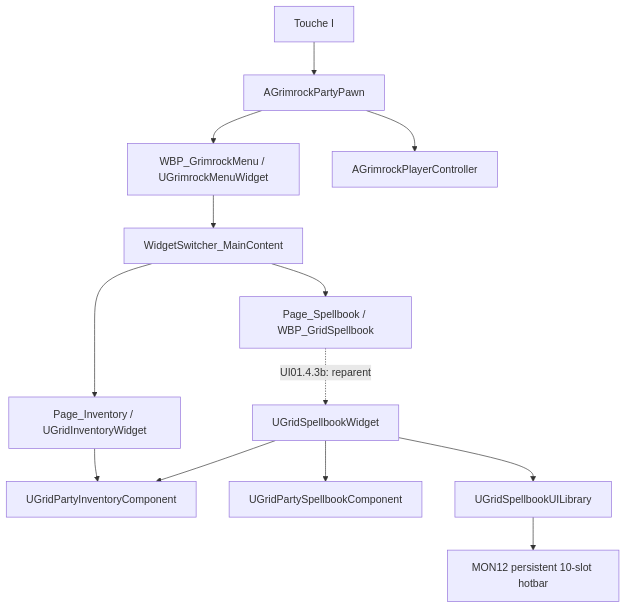
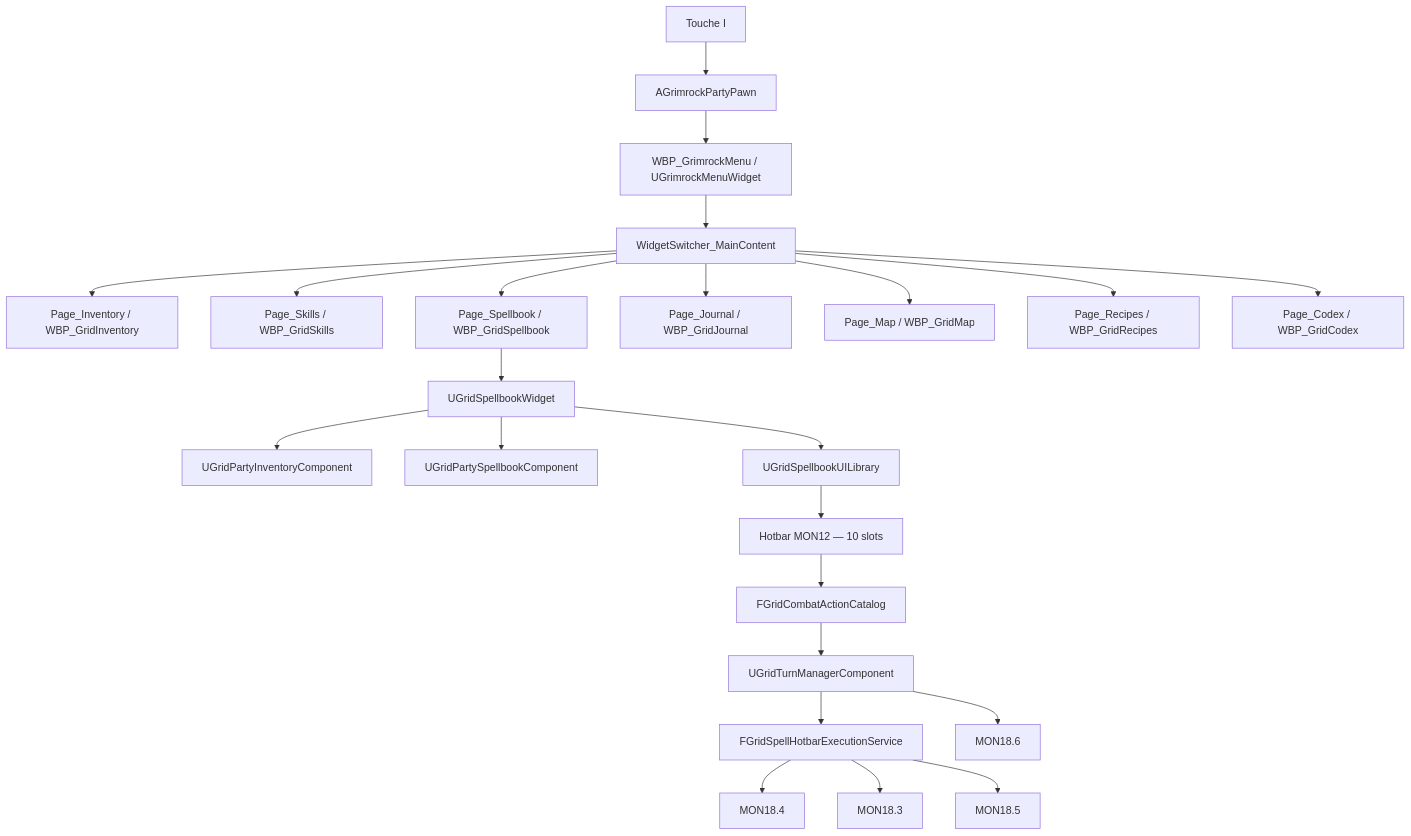
One commit to PhilippeMartin1964/GrimrockPrototype changed the diagram in docs/Design/UI_GRIMROCK_MENU_CURRENT.md. Above: the diagram before and after it, drawn with Mermaid. The commit also changed other lines of this file and 4 other files, not shown here.

Commit message:
Close UI01.4.3e documentation and roadmap

````diff
--- a/docs/Design/UI_GRIMROCK_MENU_CURRENT.md
+++ b/docs/Design/UI_GRIMROCK_MENU_CURRENT.md
@@ -42,15 +42,25 @@
 ```mermaid
 flowchart TD
     Input["Touche I"] --> Pawn["AGrimrockPartyPawn"]
     Pawn --> Menu["WBP_GrimrockMenu / UGrimrockMenuWidget"]
     Menu --> Switcher["WidgetSwitcher_MainContent"]
-    Switcher --> Inventory["Page_Inventory / UGridInventoryWidget"]
+    Switcher --> Inventory["Page_Inventory / WBP_GridInventory"]
+    Switcher --> Skills["Page_Skills / WBP_GridSkills"]
     Switcher --> SpellbookPage["Page_Spellbook / WBP_GridSpellbook"]
-    Inventory --> InventoryComponent["UGridPartyInventoryComponent"]
-    SpellbookPage -. "UI01.4.3b: reparent" .-> SpellbookWidget["UGridSpellbookWidget"]
-    SpellbookWidget --> InventoryComponent
+    Switcher --> Journal["Page_Journal / WBP_GridJournal"]
+    Switcher --> Map["Page_Map / WBP_GridMap"]
+    Switcher --> Recipes["Page_Recipes / WBP_GridRecipes"]
+    Switcher --> Codex["Page_Codex / WBP_GridCodex"]
+    SpellbookPage --> SpellbookWidget["UGridSpellbookWidget"]
+    SpellbookWidget --> InventoryComponent["UGridPartyInventoryComponent"]
     SpellbookWidget --> SpellbookComponent["UGridPartySpellbookComponent"]
     SpellbookWidget --> UILibrary["UGridSpellbookUILibrary"]
-    UILibrary --> Hotbar["MON12 persistent 10-slot hotbar"]
-    Pawn --> Controller["AGrimrockPlayerController"]
+    UILibrary --> Hotbar["Hotbar MON12 — 10 slots"]
+    Hotbar --> Catalog["FGridCombatActionCatalog"]
+    Catalog --> TurnManager["UGridTurnManagerComponent"]
+    TurnManager --> SpellExec["FGridSpellHotbarExecutionService"]
+    SpellExec --> Targeting["MON18.4"]
+    SpellExec --> Costs["MON18.3"]
+    SpellExec --> Effects["MON18.5"]
+    TurnManager --> Presentation["MON18.6"]
 ```
````
